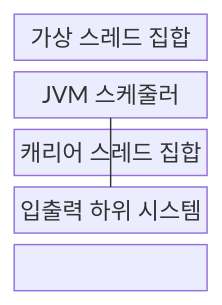
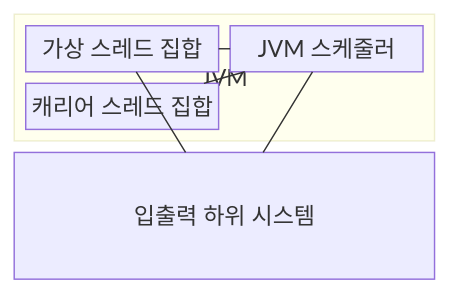
Before and after one commit to agnusdei1207/knowledge-base: the first of 2 diagrams in src/content/docs/notes/03-software/025_virtual_thread.md, drawn with Mermaid. The commit also changed other lines of this file and 20 other files, not shown here.

````diff
--- a/src/content/docs/notes/03-software/025_virtual_thread.md
+++ b/src/content/docs/notes/03-software/025_virtual_thread.md
@@ -68,10 +67,15 @@
 ```mermaid
-block-beta
-  columns 1
-  V["가상 스레드 집합"]
-  S["JVM 스케줄러"]
-  C["캐리어 스레드 집합"]
-  I["입출력 하위 시스템"]
-  V --- S --- C
-  S --- I
+block
+    columns 1
+    block:JVM["JVM"]
+        columns 2
+        V["가상 스레드 집합"]
+        S["JVM 스케줄러"]
+        C["캐리어 스레드 집합"]
+    end
+    I["입출력 하위 시스템"]
+    V --- S
+    S --- C
+    V --- I
+    I --- S
 ```
````
